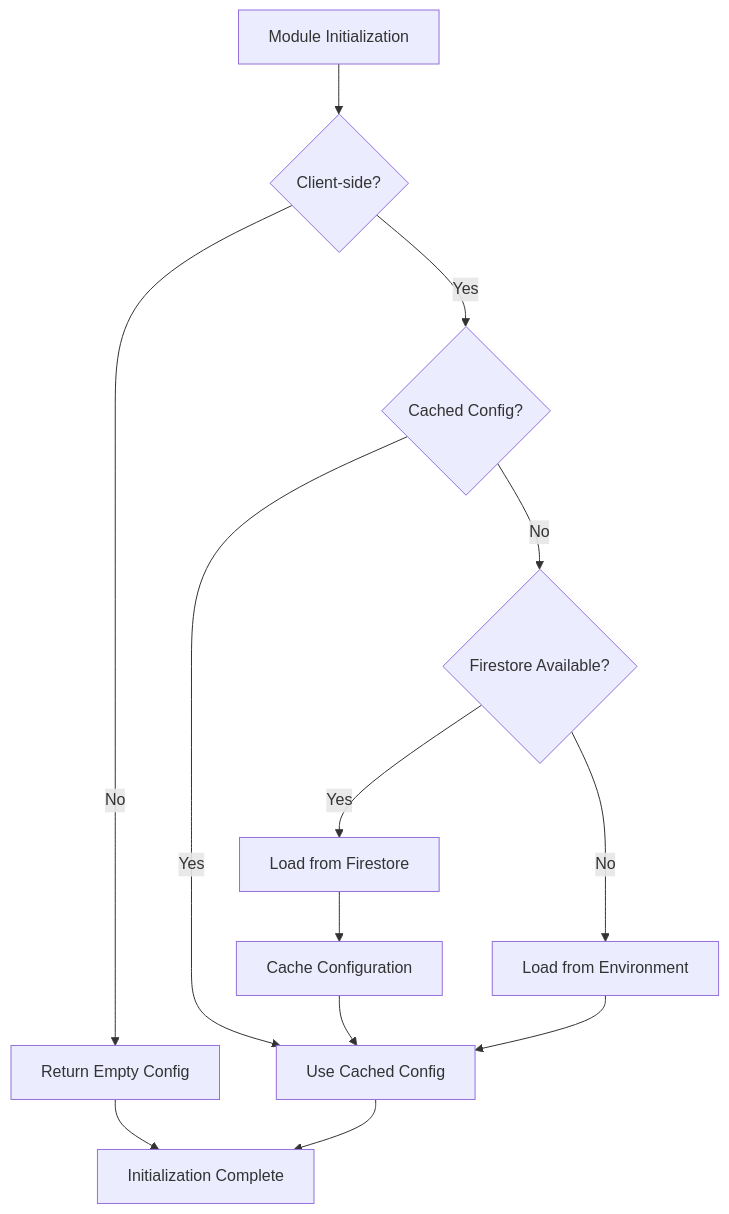
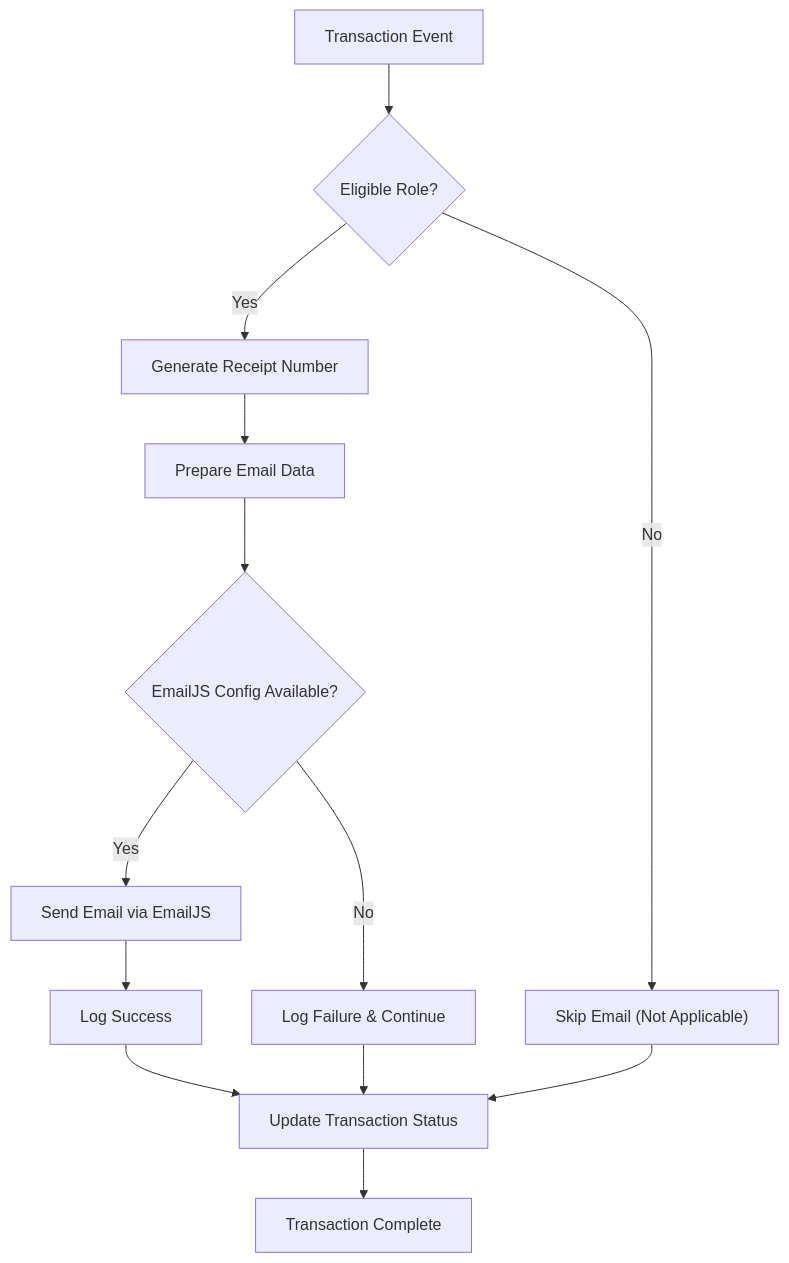
The fifth of 5 diagrams in .qoder/repowiki/en/content/Email & Notification System/Email & Notification System.md (Unsure-bry/sampacoop_system), drawn with Mermaid before and after one commit. The commit also changed other lines of this file and 24 other files, not shown here.

````diff
--- a/.qoder/repowiki/en/content/Email & Notification System/Email & Notification System.md
+++ b/.qoder/repowiki/en/content/Email & Notification System/Email & Notification System.md
@@ -312,15 +276,15 @@
 ```mermaid
 flowchart TD
-Init["Module Initialization"] --> CheckClient{"Client-side?"}
-CheckClient --> |No| EmptyConfig["Return Empty Config"]
-CheckClient --> |Yes| CheckCache{"Cached Config?"}
-CheckCache --> |Yes| UseCache["Use Cached Config"]
-CheckCache --> |No| CheckFirestore{"Firestore Available?"}
-CheckFirestore --> |Yes| LoadFirestore["Load from Firestore"]
-CheckFirestore --> |No| LoadEnv["Load from Environment"]
-LoadFirestore --> CacheConfig["Cache Configuration"]
-CacheConfig --> UseCache
-LoadEnv --> UseCache
-EmptyConfig --> End["Initialization Complete"]
-UseCache --> End
+TxEvent["Transaction Event"] --> CheckEligibility{"Eligible Role?"}
+CheckEligibility --> |No| Skip["Skip Email (Not Applicable)"]
+CheckEligibility --> |Yes| GenerateReceipt["Generate Receipt Number"]
+GenerateReceipt --> PrepareData["Prepare Email Data"]
+PrepareData --> CheckConfig{"EmailJS Config Available?"}
+CheckConfig --> |No| LogFailure["Log Failure & Continue"]
+CheckConfig --> |Yes| SendEmail["Send Email via EmailJS"]
+SendEmail --> LogSuccess["Log Success"]
+LogSuccess --> UpdateStatus["Update Transaction Status"]
+LogFailure --> UpdateStatus
+Skip --> UpdateStatus
+UpdateStatus --> Complete["Transaction Complete"]
 ```
````
